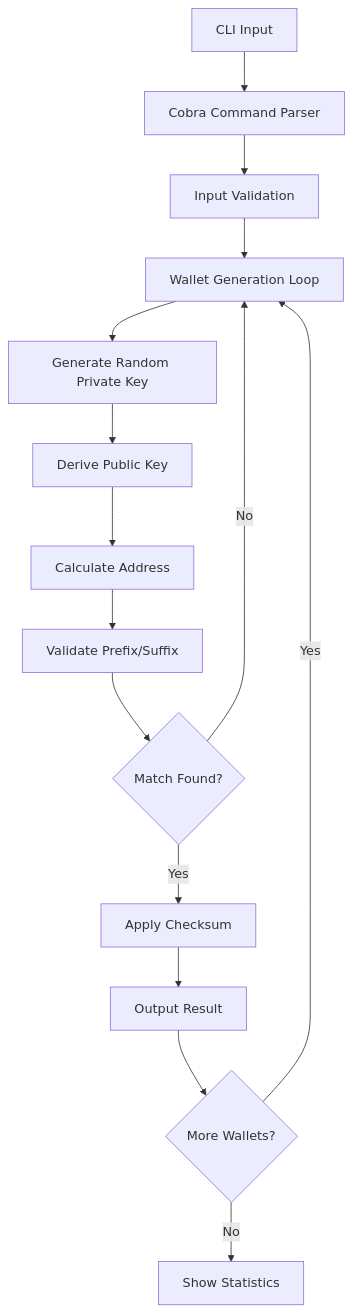
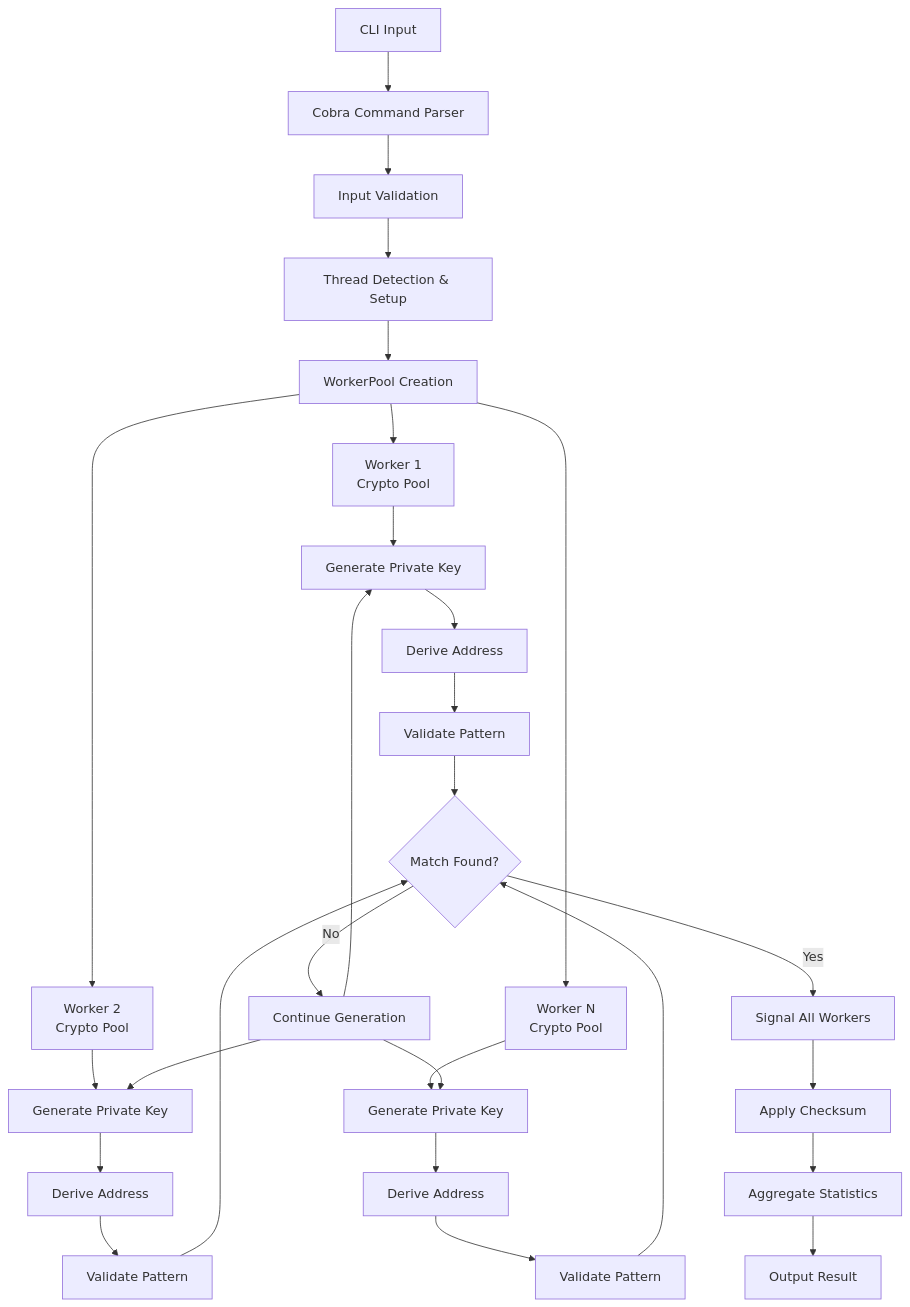
The diagram in README.md (italoag/bloco-wallet-generator), drawn with Mermaid before and after one commit. The commit also changed other lines of this file and 5 other files, not shown here.

````diff
--- a/README.md
+++ b/README.md
@@ -252,17 +261,30 @@
 ```mermaid
 graph TD
     A[CLI Input] --> B[Cobra Command Parser]
     B --> C[Input Validation]
-    C --> D[Wallet Generation Loop]
-    D --> E[Generate Random Private Key]
-    E --> F[Derive Public Key]
-    F --> G[Calculate Address]
-    G --> H[Validate Prefix/Suffix]
-    H --> I{Match Found?}
-    I -->|No| D
-    I -->|Yes| J[Apply Checksum]
-    J --> K[Output Result]
-    K --> L{More Wallets?}
-    L -->|Yes| D
-    L -->|No| M[Show Statistics]
+    C --> D[Thread Detection & Setup]
+    D --> E[WorkerPool Creation]
+    E --> F[Worker 1<br/>Crypto Pool]
+    E --> G[Worker 2<br/>Crypto Pool]
+    E --> H[Worker N<br/>Crypto Pool]
+    F --> I[Generate Private Key]
+    G --> J[Generate Private Key]
+    H --> K[Generate Private Key]
+    I --> L[Derive Address]
+    J --> M[Derive Address]
+    K --> N[Derive Address]
+    L --> O[Validate Pattern]
+    M --> P[Validate Pattern]
+    N --> Q[Validate Pattern]
+    O --> R{Match Found?}
+    P --> R
+    Q --> R
+    R -->|No| S[Continue Generation]
+    R -->|Yes| T[Signal All Workers]
+    T --> U[Apply Checksum]
+    U --> V[Aggregate Statistics]
+    V --> W[Output Result]
+    S --> I
+    S --> J
+    S --> K
 ```
````
